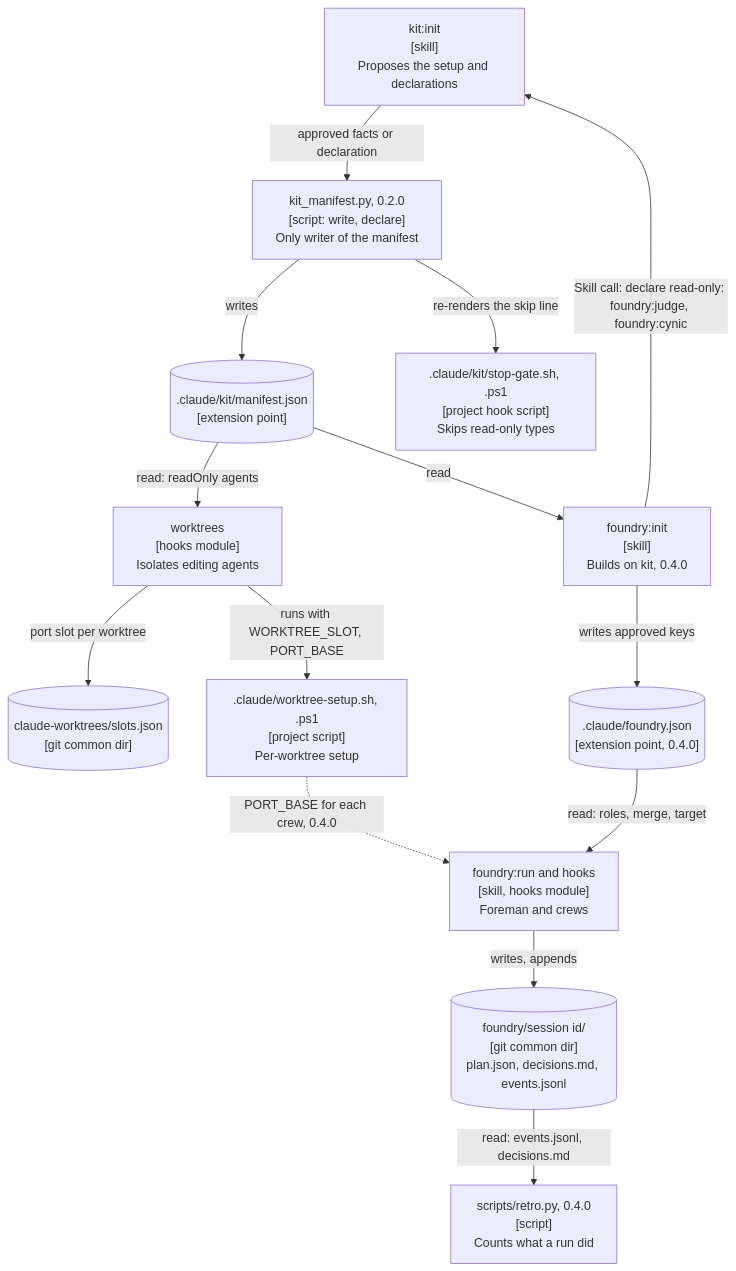
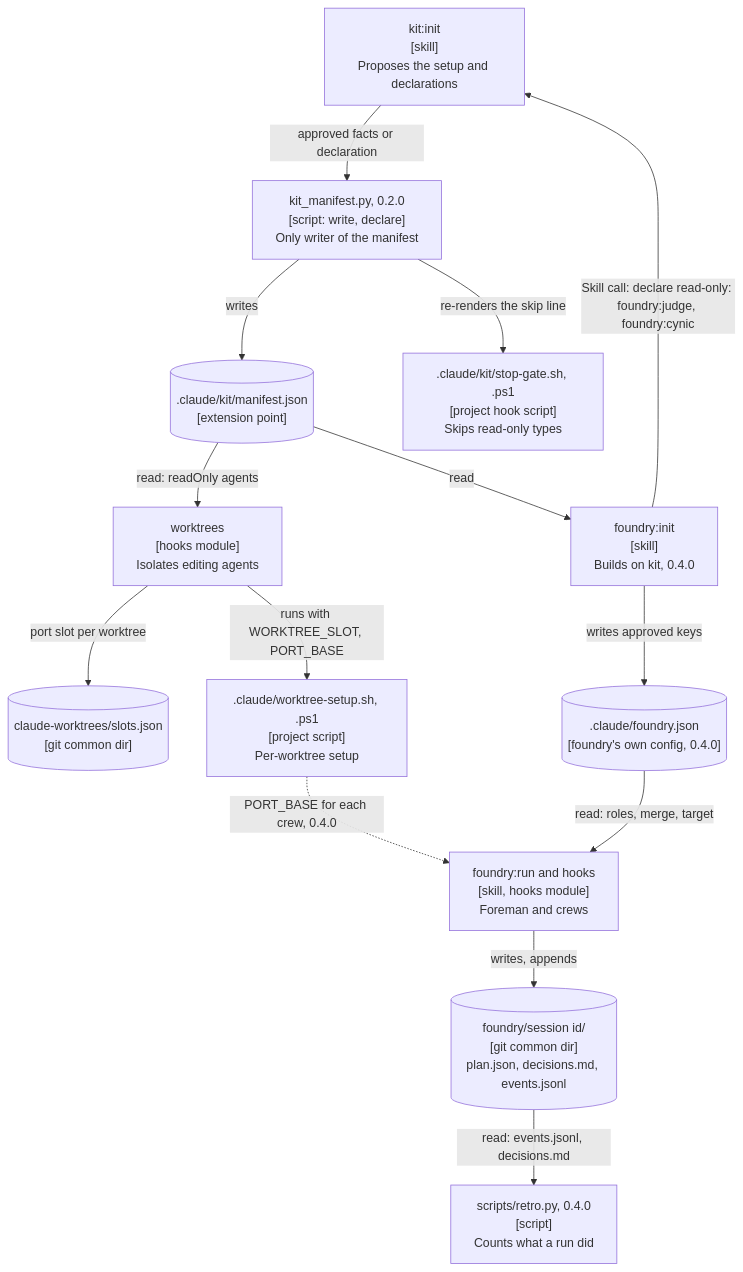
The second of 2 diagrams in docs/architecture.md (AbhiramDwivedi/claude-ops), drawn with Mermaid before and after one commit. The commit also changed other lines of this file and 6 other files, not shown here.

````diff
--- a/docs/architecture.md
+++ b/docs/architecture.md
@@ -286,29 +286,29 @@
 ```mermaid
 flowchart TB
   kinit["kit:init<br/>[skill]<br/>Proposes the setup and declarations"]
   kman["kit_manifest.py, 0.2.0<br/>[script: write, declare]<br/>Only writer of the manifest"]
   man[(".claude/kit/manifest.json<br/>[extension point]")]
   gate[".claude/kit/stop-gate.sh, .ps1<br/>[project hook script]<br/>Skips read-only types"]
   wt["worktrees<br/>[hooks module]<br/>Isolates editing agents"]
   slots[("claude-worktrees/slots.json<br/>[git common dir]")]
   setup[".claude/worktree-setup.sh, .ps1<br/>[project script]<br/>Per-worktree setup"]
   finit["foundry:init<br/>[skill]<br/>Builds on kit, 0.4.0"]
-  fjson[(".claude/foundry.json<br/>[extension point, 0.4.0]")]
+  fjson[(".claude/foundry.json<br/>[foundry's own config, 0.4.0]")]
   frun["foundry:run and hooks<br/>[skill, hooks module]<br/>Foreman and crews"]
   fdir[("foundry/session id/<br/>[git common dir]<br/>plan.json, decisions.md, events.jsonl")]
   retro["scripts/retro.py, 0.4.0<br/>[script]<br/>Counts what a run did"]
 
   finit -->|"Skill call: declare read-only: foundry:judge, foundry:cynic"| kinit
   kinit -->|"approved facts or declaration"| kman
   kman -->|"writes"| man
   kman -->|"re-renders the skip line"| gate
   man -->|"read: readOnly agents"| wt
   man -->|"read"| finit
   wt -->|"port slot per worktree"| slots
   wt -->|"runs with WORKTREE_SLOT, PORT_BASE"| setup
   finit -->|"writes approved keys"| fjson
   fjson -->|"read: roles, merge, target"| frun
   setup -.->|"PORT_BASE for each crew, 0.4.0"| frun
   frun -->|"writes, appends"| fdir
   fdir -->|"read: events.jsonl, decisions.md"| retro
 ```
````
